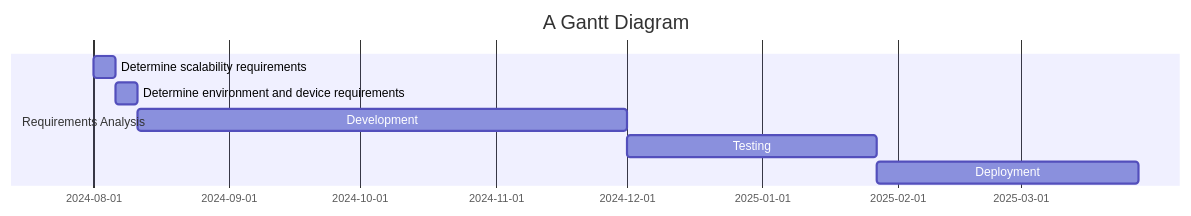
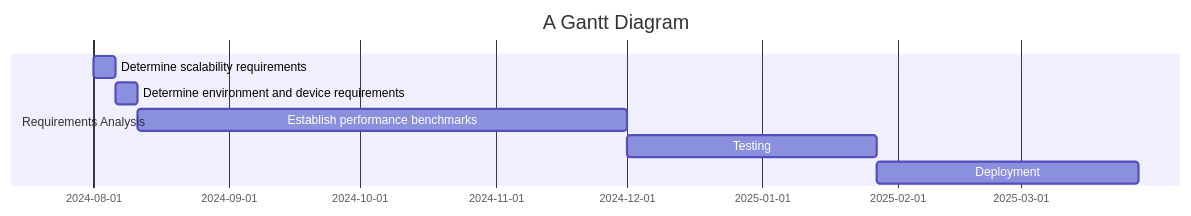
Before and after one commit to sayshelley/iodraw-files: the diagram in all/Code Gantt Chart.md, drawn with Mermaid.

Commit message:
2024-10-04 22:31:07 update

````diff
--- a/all/Code Gantt Chart.md
+++ b/all/Code Gantt Chart.md
@@ -1,15 +1,15 @@
 ```mermaid
 gantt
     title A Gantt Diagram
     dateFormat  YYYY-MM-DD
     section Requirements Analysis
     Determine scalability requirements :a1, 2024-08-01, 5d
     Determine environment and device requirements :a2, after a1, 5d
-    Development: a3, after a2, 112d
+    Establish performance benchmarks: a3, after a2, 112d
     Testing: a4, after a3, 57d
     Deployment : a5, after a4, 60d
     
 
 
    
 ```
````
